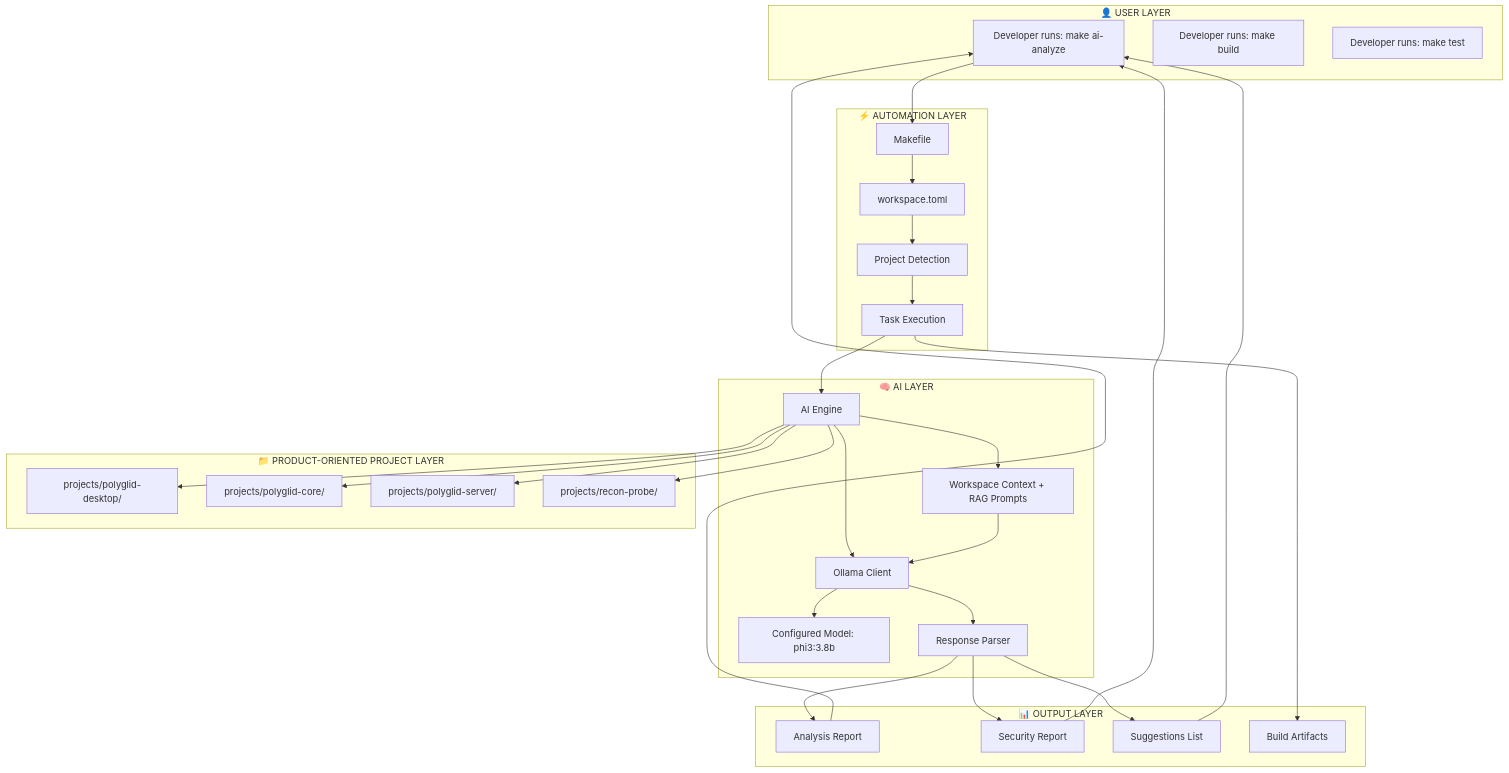
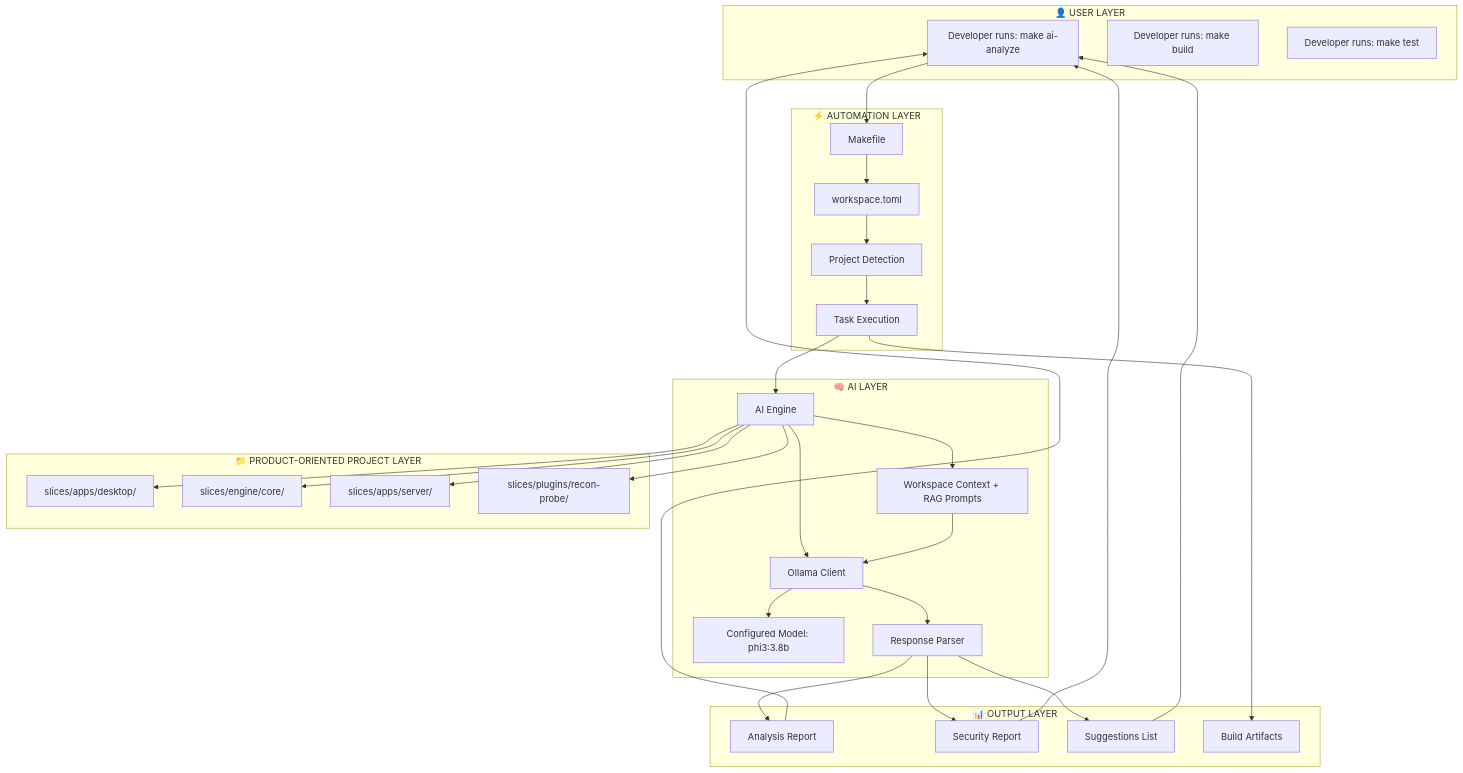
One commit to anonto42/poly.glid_security_workspace changed the third of 10 diagrams in .agents/ARCHITECTURE_FLOW.md. Above: the diagram before and after it, drawn with Mermaid. The commit also changed other lines of this file and 147 other files, not shown here.

First line of the commit message:
Restructure monorepo: rename projects/ -> slices/ with nested layout

````diff
--- a/.agents/ARCHITECTURE_FLOW.md
+++ b/.agents/ARCHITECTURE_FLOW.md
@@ -86,63 +86,63 @@
 ```mermaid
 graph TD
     subgraph "👤 USER LAYER"
         U1[Developer runs: make ai-analyze]
         U2[Developer runs: make build]
         U3[Developer runs: make test]
     end
 
     subgraph "⚡ AUTOMATION LAYER"
         M1[Makefile]
         M2[workspace.toml]
         M3[Project Detection]
         M4[Task Execution]
     end
 
     subgraph "🧠 AI LAYER"
         A1[AI Engine]
         A2[Ollama Client]
         A3[Configured Model: phi3:3.8b]
         A4[Workspace Context + RAG Prompts]
         A5[Response Parser]
     end
 
     subgraph "📁 PRODUCT-ORIENTED PROJECT LAYER"
-        P1[projects/polyglid-desktop/]
-        P2[projects/polyglid-core/]
-        P3[projects/polyglid-server/]
-        P4[projects/recon-probe/]
+        P1[slices/apps/desktop/]
+        P2[slices/engine/core/]
+        P3[slices/apps/server/]
+        P4[slices/plugins/recon-probe/]
     end
 
     subgraph "📊 OUTPUT LAYER"
         O1[Analysis Report]
         O2[Security Report]
         O3[Suggestions List]
         O4[Build Artifacts]
     end
 
     U1 --> M1
     M1 --> M2
     M2 --> M3
     M3 --> M4
     M4 --> A1
 
     A1 --> A2
     A2 --> A3
     A1 --> A4
     A4 --> A2
     A2 --> A5
 
     A1 --> P1
     A1 --> P2
     A1 --> P3
     A1 --> P4
 
     A5 --> O1
     A5 --> O2
     A5 --> O3
     M4 --> O4
 
     O1 --> U1
     O2 --> U1
     O3 --> U1
 ```
````
